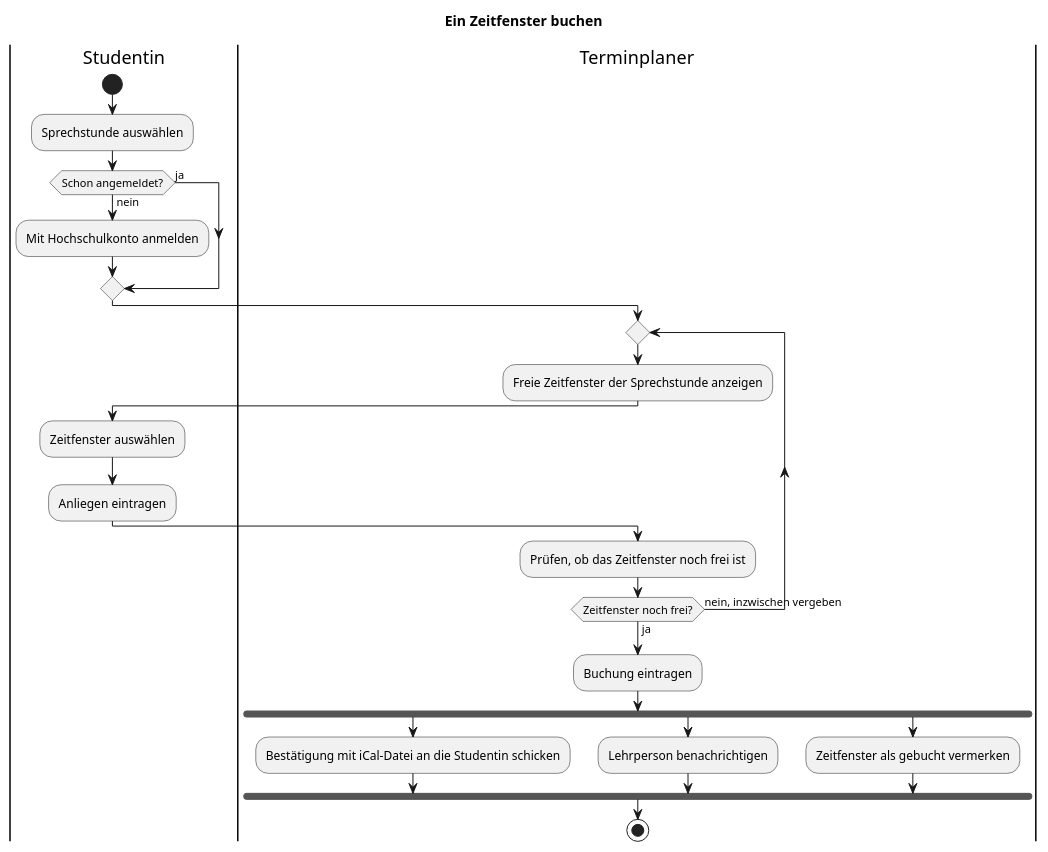
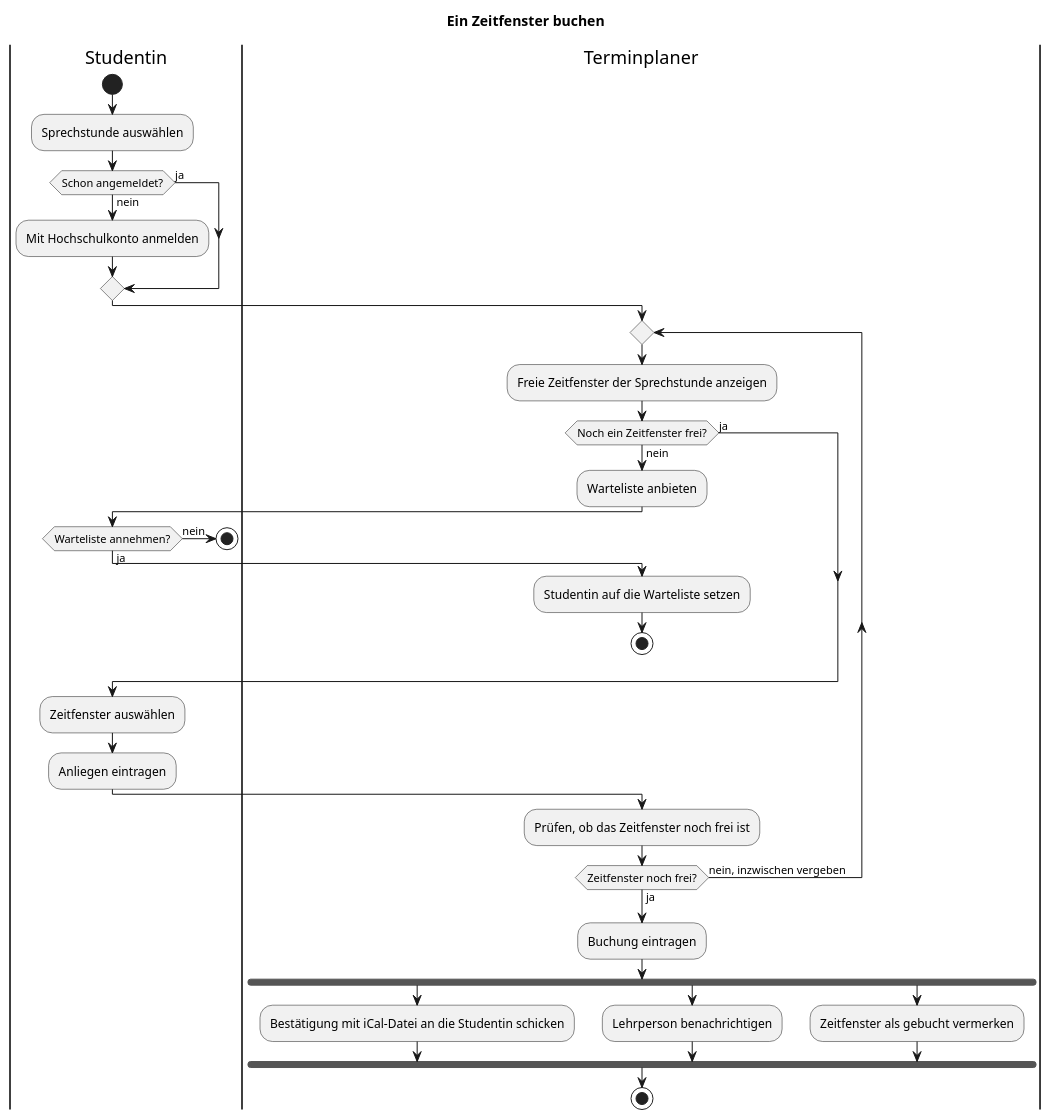
The diagram in ue06/mauritzduchardt/aktivitaet.puml (carstenlucke/thm_wk-1208_softwaretechnik-uebungen), drawn with PlantUML before and after one commit. The commit also changed 1 other file, not shown here.

Commit message:
Warteliste im Aktivitätsdiagramm für mauritzduchardt ergänzen

```diff
--- a/ue06/mauritzduchardt/aktivitaet.puml
+++ b/ue06/mauritzduchardt/aktivitaet.puml
@@ -1,35 +1,50 @@
 @startuml aktivitaet
 title Ein Zeitfenster buchen
 
 |Studentin|
 start
 :Sprechstunde auswählen;
 if (Schon angemeldet?) then (nein)
   :Mit Hochschulkonto anmelden;
 else (ja)
 endif
 
 |Terminplaner|
 repeat
   :Freie Zeitfenster der Sprechstunde anzeigen;
+
+  if (Noch ein Zeitfenster frei?) then (nein)
+    :Warteliste anbieten;
+
+    |Studentin|
+    if (Warteliste annehmen?) then (ja)
+      |Terminplaner|
+      :Studentin auf die Warteliste setzen;
+      stop
+    else (nein)
+      |Studentin|
+      stop
+    endif
+  else (ja)
+  endif
 
   |Studentin|
   :Zeitfenster auswählen;
   :Anliegen eintragen;
 
   |Terminplaner|
   :Prüfen, ob das Zeitfenster noch frei ist;
 repeat while (Zeitfenster noch frei?) is (nein, inzwischen vergeben) not (ja)
 
 :Buchung eintragen;
 
 fork
   :Bestätigung mit iCal-Datei an die Studentin schicken;
 fork again
   :Lehrperson benachrichtigen;
 fork again
   :Zeitfenster als gebucht vermerken;
 end fork
 
 stop
 @enduml
```
